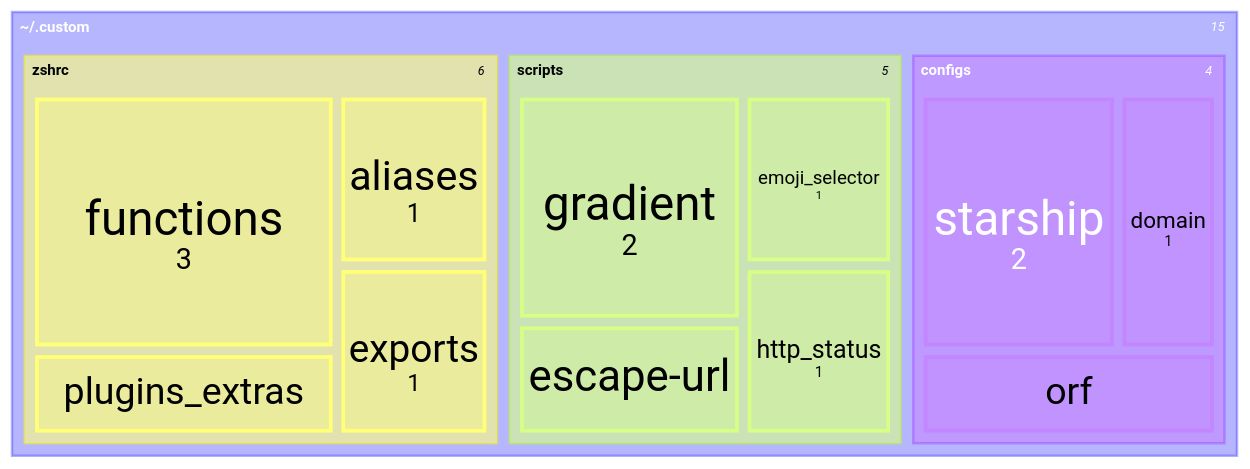
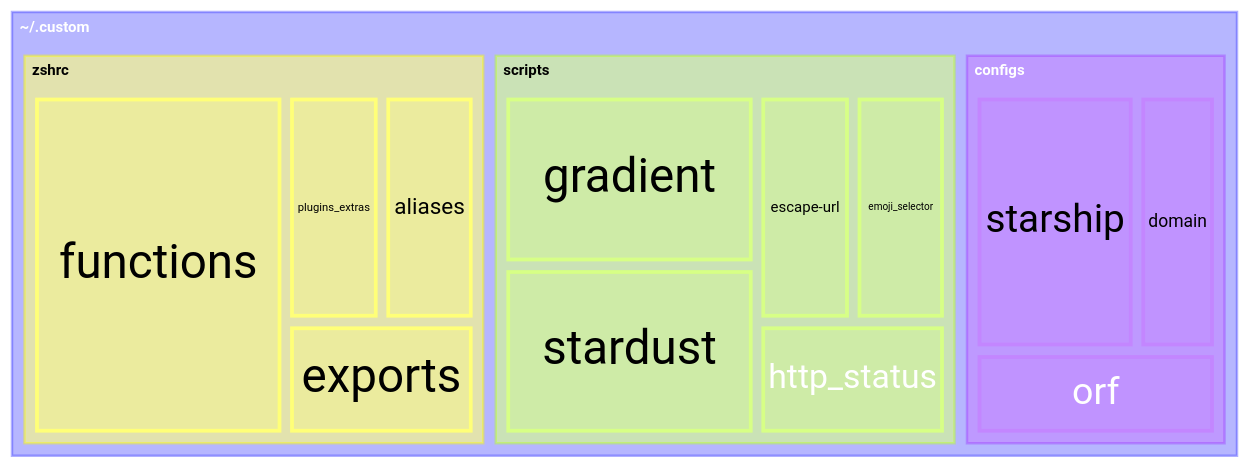
Before and after one commit to CadeXLegend/personalised-workspace-configuration: the diagram in README.md, drawn with Mermaid.

````diff
--- a/README.md
+++ b/README.md
@@ -14,18 +14,24 @@
 ```mermaid
+---
+config:
+  treemap:
+    showValues: false
+---
 treemap-beta
 "~/.custom"
     "zshrc"
         "plugins_extras": 1
         "aliases": 1
-        "functions": 3
+        "functions": 4
         "exports": 1
     "configs"
         "starship": 2
         "domain": 1
         "orf": 1
     "scripts"
         "gradient": 2
+        "stardust": 2
         "escape-url": 1
         "emoji_selector": 1
         "http_status": 1
 ```
````
